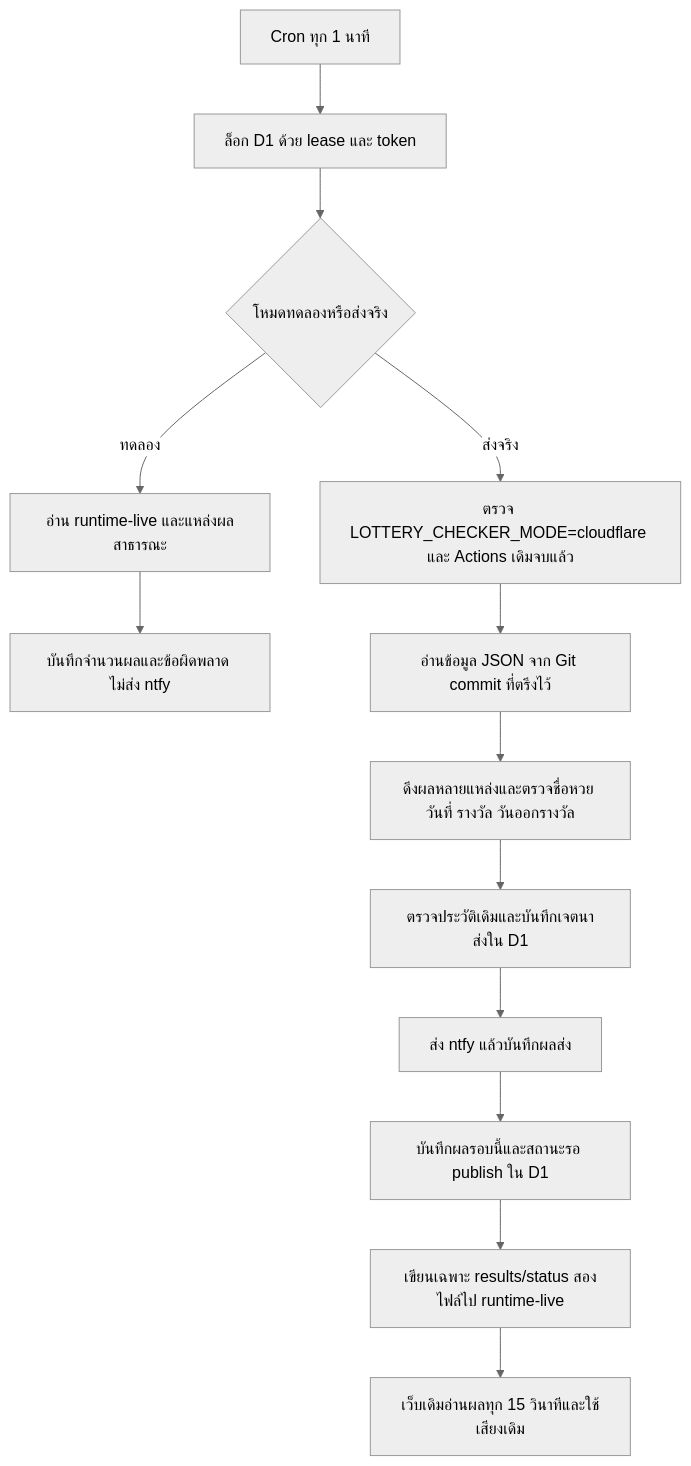
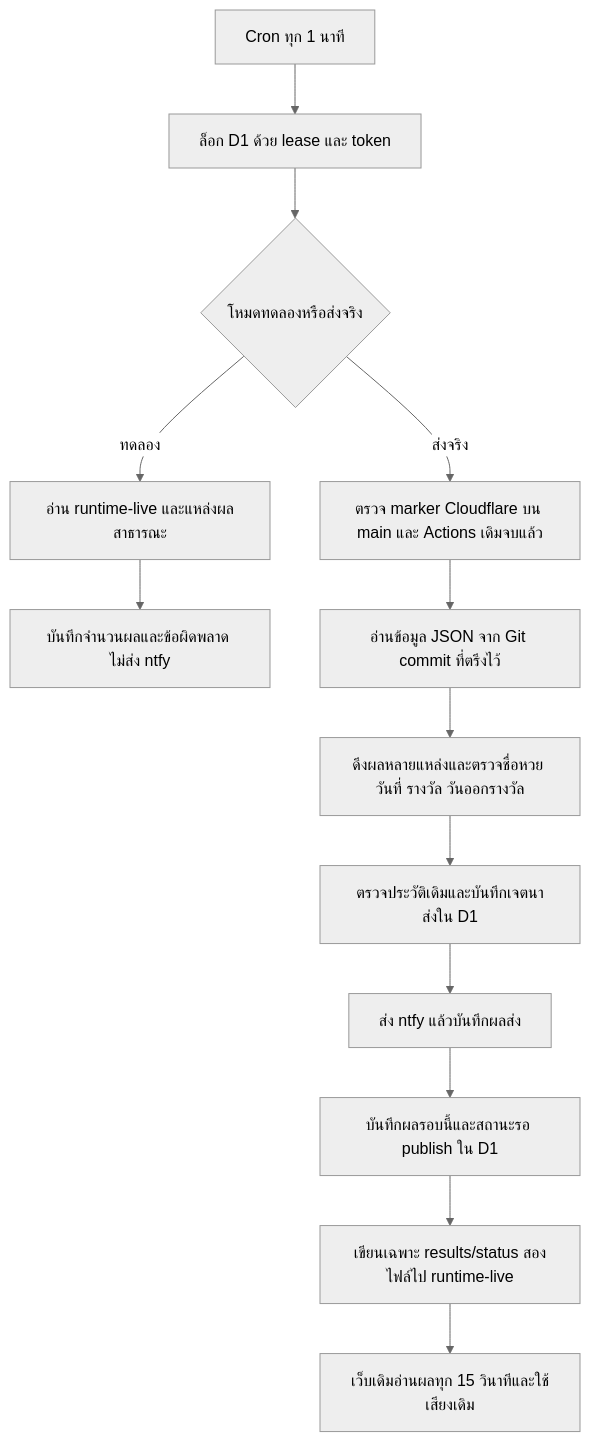
Before and after one commit to jirapatza/Bombim00: the diagram in docs/CLOUDFLARE_FREE_SETUP.md, drawn with Mermaid (neutral theme). The commit also changed other lines of this file and 5 other files, not shown here.

First line of the commit message:
cutover: Cloudflare sole lottery sender; remove GitHub Actions production scheduler (#63)

````diff
--- a/docs/CLOUDFLARE_FREE_SETUP.md
+++ b/docs/CLOUDFLARE_FREE_SETUP.md
@@ -9,15 +9,15 @@
 ```mermaid
 flowchart TD
   A[Cron ทุก 1 นาที] --> B[ล็อก D1 ด้วย lease และ token]
   B --> C{โหมดทดลองหรือส่งจริง}
   C -->|ทดลอง| D[อ่าน runtime-live และแหล่งผลสาธารณะ]
   D --> E[บันทึกจำนวนผลและข้อผิดพลาด ไม่ส่ง ntfy]
-  C -->|ส่งจริง| F[ตรวจ LOTTERY_CHECKER_MODE=cloudflare และ Actions เดิมจบแล้ว]
+  C -->|ส่งจริง| F[ตรวจ marker Cloudflare บน main และ Actions เดิมจบแล้ว]
   F --> G[อ่านข้อมูล JSON จาก Git commit ที่ตรึงไว้]
   G --> H[ดึงผลหลายแหล่งและตรวจชื่อหวย วันที่ รางวัล วันออกรางวัล]
   H --> I[ตรวจประวัติเดิมและบันทึกเจตนาส่งใน D1]
   I --> J[ส่ง ntfy แล้วบันทึกผลส่ง]
   J --> K[บันทึกผลรอบนี้และสถานะรอ publish ใน D1]
   K --> L[เขียนเฉพาะ results/status สองไฟล์ไป runtime-live]
   L --> M[เว็บเดิมอ่านผลทุก 15 วินาทีและใช้เสียงเดิม]
 ```
````
